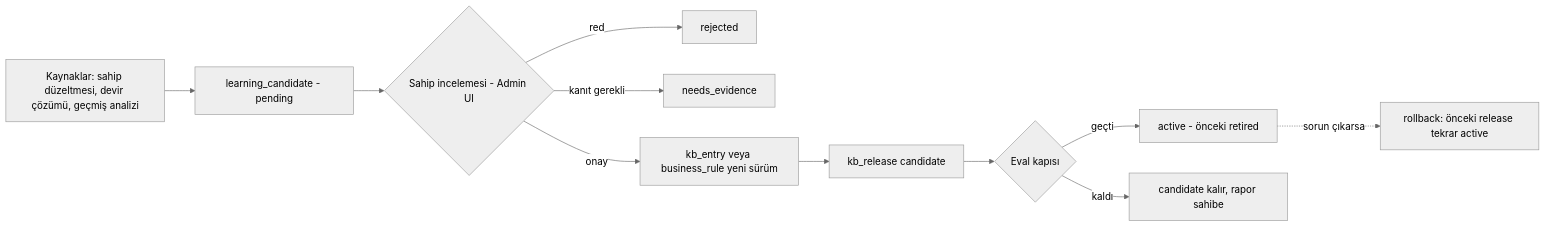
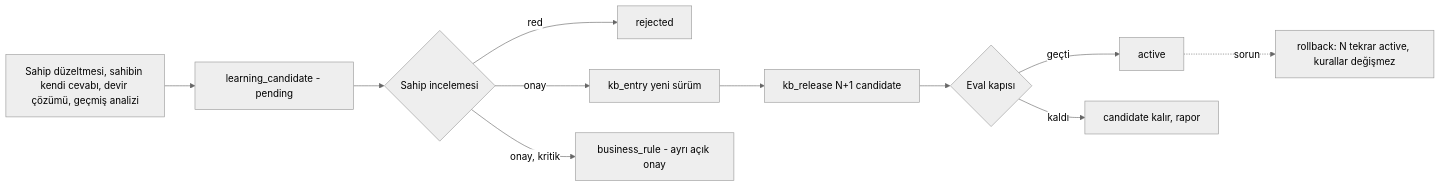
Before and after one commit to khalilofnijat-eng/expert-octo-bassoon: the seventh of 8 diagrams in docs/ARCHITECTURE.md, drawn with Mermaid (neutral theme). The commit also changed other lines of this file, not shown here.

First line of the commit message:
Accept architecture rev.2 (T-004); owner approved commit

````diff
--- a/docs/ARCHITECTURE.md
+++ b/docs/ARCHITECTURE.md
@@ -472,13 +556,13 @@
 ```mermaid
 flowchart LR
-  SRC["Kaynaklar: sahip düzeltmesi, devir çözümü, geçmiş analizi"] --> LC["learning_candidate - pending"]
-  LC --> REV{"Sahip incelemesi - Admin UI"}
+  SRC["Sahip düzeltmesi, sahibin kendi cevabı, devir çözümü, geçmiş analizi"] --> LC["learning_candidate - pending"]
+  LC --> REV{"Sahip incelemesi"}
   REV -- red --> REJ["rejected"]
-  REV -- kanıt gerekli --> NE["needs_evidence"]
-  REV -- onay --> KE["kb_entry veya business_rule yeni sürüm"]
-  KE --> REL["kb_release candidate"]
+  REV -- onay --> KE["kb_entry yeni sürüm"]
+  REV -- "onay, kritik" --> BR["business_rule - ayrı açık onay"]
+  KE --> REL["kb_release N+1 candidate"]
   REL --> EV{"Eval kapısı"}
-  EV -- geçti --> ACT["active - önceki retired"]
-  EV -- kaldı --> BACK["candidate kalır, rapor sahibe"]
-  ACT -. "sorun çıkarsa" .-> RB["rollback: önceki release tekrar active"]
+  EV -- geçti --> ACT["active"]
+  EV -- kaldı --> BACK["candidate kalır, rapor"]
+  ACT -. "sorun" .-> RB["rollback: N tekrar active, kurallar değişmez"]
 ```
````
